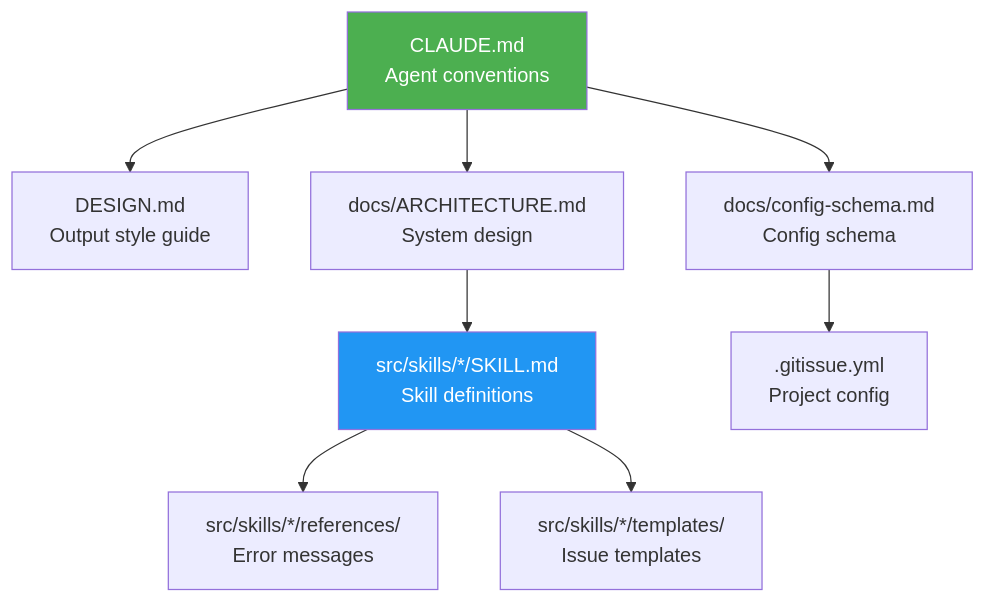
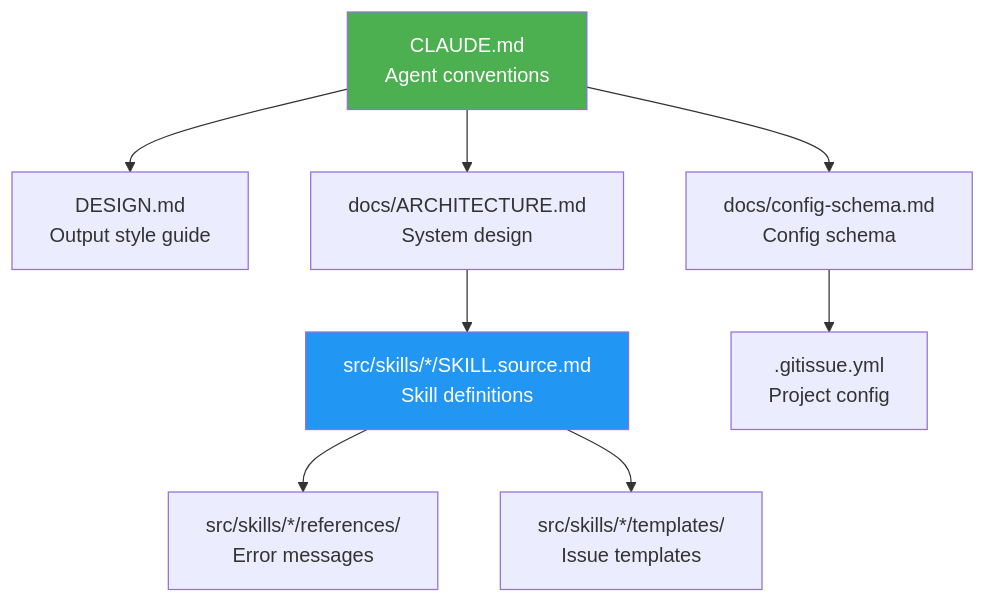
The third of 3 diagrams in docs/DEVELOPMENT.md (luongnv89/idd), drawn with Mermaid before and after one commit. The commit also changed other lines of this file and 30 other files, not shown here.

Commit message:
fix(install): hide source skills from asm discovery (#109)

````diff
--- a/docs/DEVELOPMENT.md
+++ b/docs/DEVELOPMENT.md
@@ -137,13 +137,13 @@
 ```mermaid
 graph TD
     CM["CLAUDE.md<br/>Agent conventions"] --> DM["DESIGN.md<br/>Output style guide"]
     CM --> CS["docs/config-schema.md<br/>Config schema"]
     CM --> AR["docs/ARCHITECTURE.md<br/>System design"]
-    AR --> SK["src/skills/*/SKILL.md<br/>Skill definitions"]
+    AR --> SK["src/skills/*/SKILL.source.md<br/>Skill definitions"]
     SK --> EM["src/skills/*/references/<br/>Error messages"]
     SK --> TM["src/skills/*/templates/<br/>Issue templates"]
     CS --> GY[".gitissue.yml<br/>Project config"]
 
     style CM fill:#4CAF50,color:#fff
     style SK fill:#2196F3,color:#fff
 ```
````
